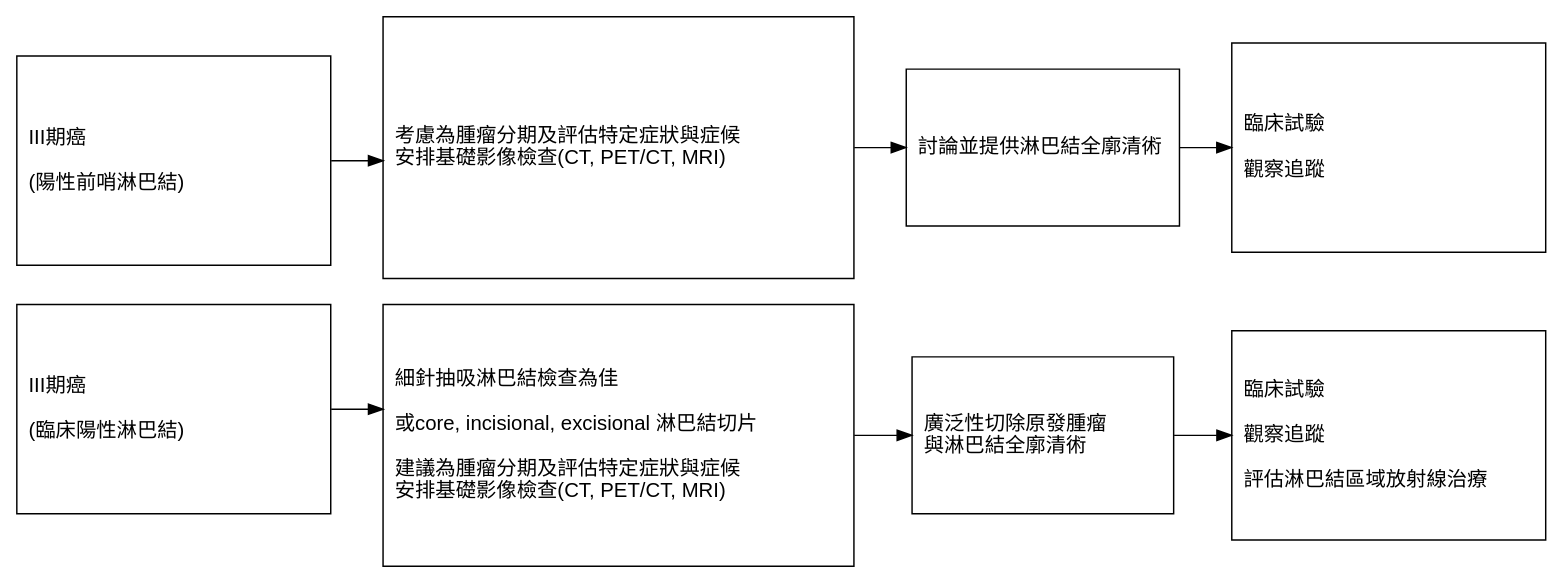
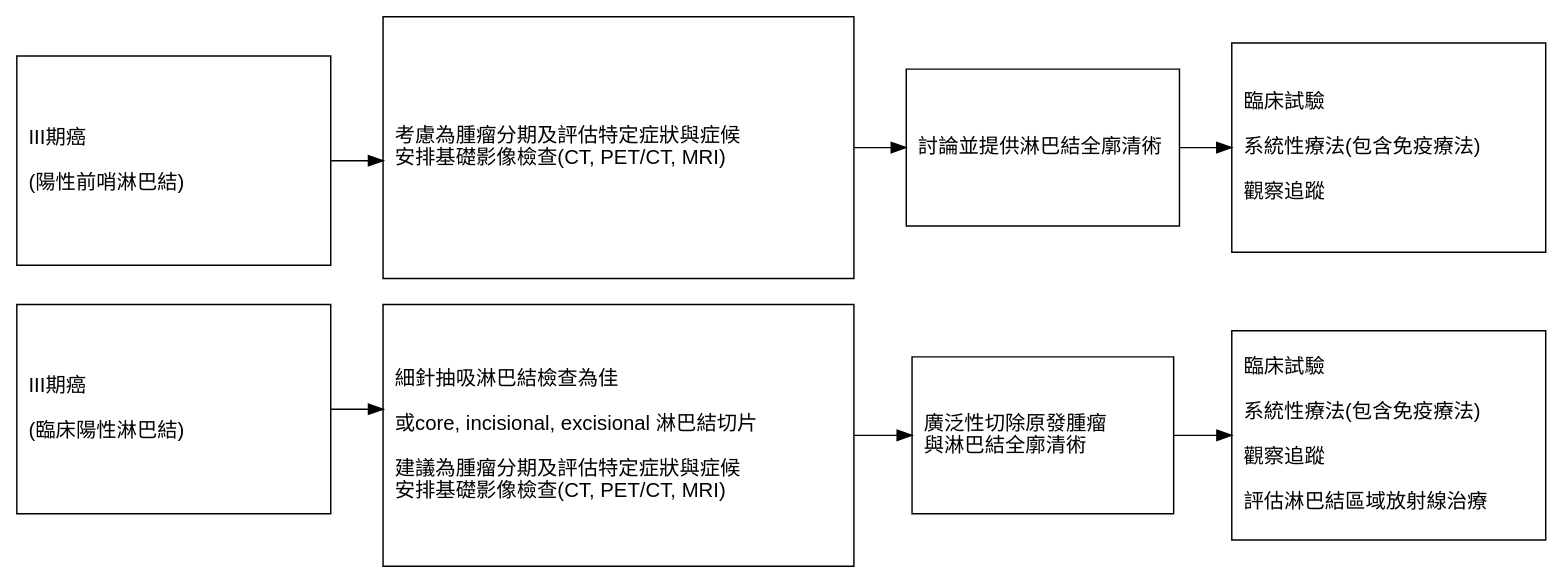
Before and after one commit to gnayyc/SkinCancerGuidelineDiagram: the diagram in melanoma.3.gv, drawn with Graphviz. The commit also changed 2 other files, not shown here.

```diff
--- a/melanoma.3.gv
+++ b/melanoma.3.gv
@@ -1,49 +1,51 @@
 digraph {
   graph [rankdir = LR; splines=ortho; overlap=false]
   node [shape = box, fontname = Helvetica]
 
 #  T1 [label = "CLINICAL/\lPATHOLOGICAL STAGE\l"; width=2.5; shape=plaintext]
 #  T2 [label = "WORKUP"; shape=plaintext]
 #  T3 [label = "PRIMARY TREATMENT"; shape=plaintext]
 #  T4 [label = "ADJUVANT TREATMENT"; shape=plaintext]
 
   S3a [label ="III期癌\l
 (陽性前哨淋巴結)\l"; width=3; height=2]
   S3b [label ="III期癌\l
 (臨床陽性淋巴結)\l"; width=3; height=2]
   
   W1 [label = "考慮為腫瘤分期及評估特定症狀與症候\l安排基礎影像檢查(CT, PET/CT, MRI)\l"; height=2.5; width=4.5]
   W2 [label = "細針抽吸淋巴結檢查為佳\l
 或core, incisional, excisional 淋巴結切片\l
 建議為腫瘤分期及評估特定症狀與症候\l安排基礎影像檢查(CT, PET/CT, MRI)\l"; height=2.5; width=4.5]
 #  W3 [label = "Discuss and consider sentinel node biopsy"]
 
   Tx1 [label = "討論並提供淋巴結全廓清術\l"; height=1.5; width=2.5]
   Tx2 [label = "廣泛性切除原發腫瘤\l與淋巴結全廓清術\l"; height=1.5; width=2.5]
-#  Tx3 [label = "Clinical trial\n/觀察\n"; height=3; width=2]
+#  Tx3 [label = "臨床試驗\n/觀察\n"; height=3; width=2]
   
 #  N0 [label = "陰性前哨淋巴結"; height=1.2]
 #  N1 [label = "陽性前哨淋巴結"; height=1.2]
   FU1 [label = "臨床試驗\l
+系統性療法(包含免疫療法)\l
 觀察追蹤\l"; width=3; height=2]
   FU2 [label = "臨床試驗\l
+系統性療法(包含免疫療法)\l
 觀察追蹤\l
 評估淋巴結區域放射線治療\l"; width=3; height=2]
 
 #  T1->T2->T3->T4 [style=invis]
 #  T1->
   S3a->S3b [style=invis]
   S3a->W1->Tx1->FU1
   S3b->W2->Tx2->FU2
 
 
 
   {rank = same; S3a; S3b}
   {rank = same; W2}
   {rank = same; Tx1; Tx2}
   {rank = same; FU1; FU2}
 #  {rank = same; N0; N1}
   
   
 
 }
```
